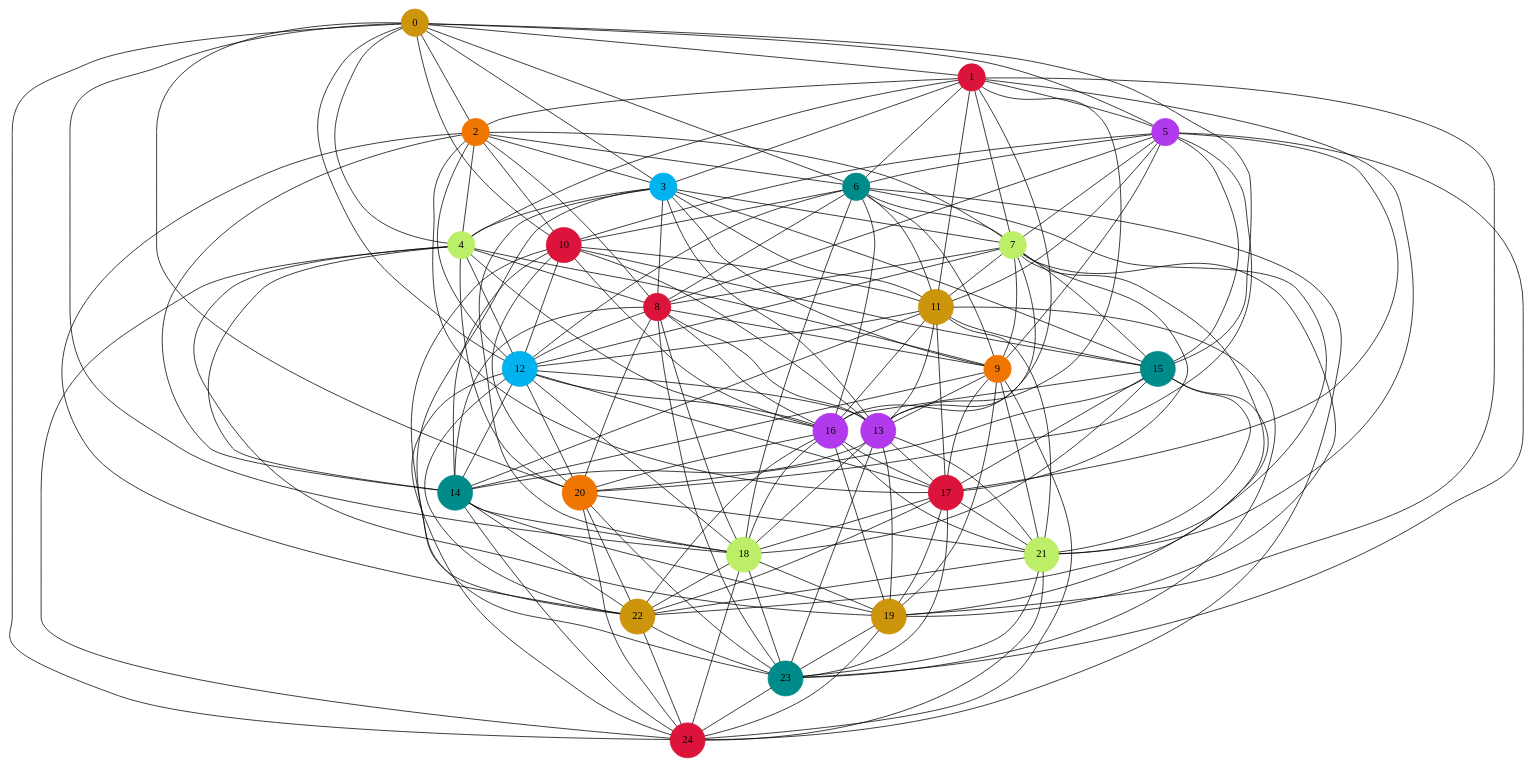
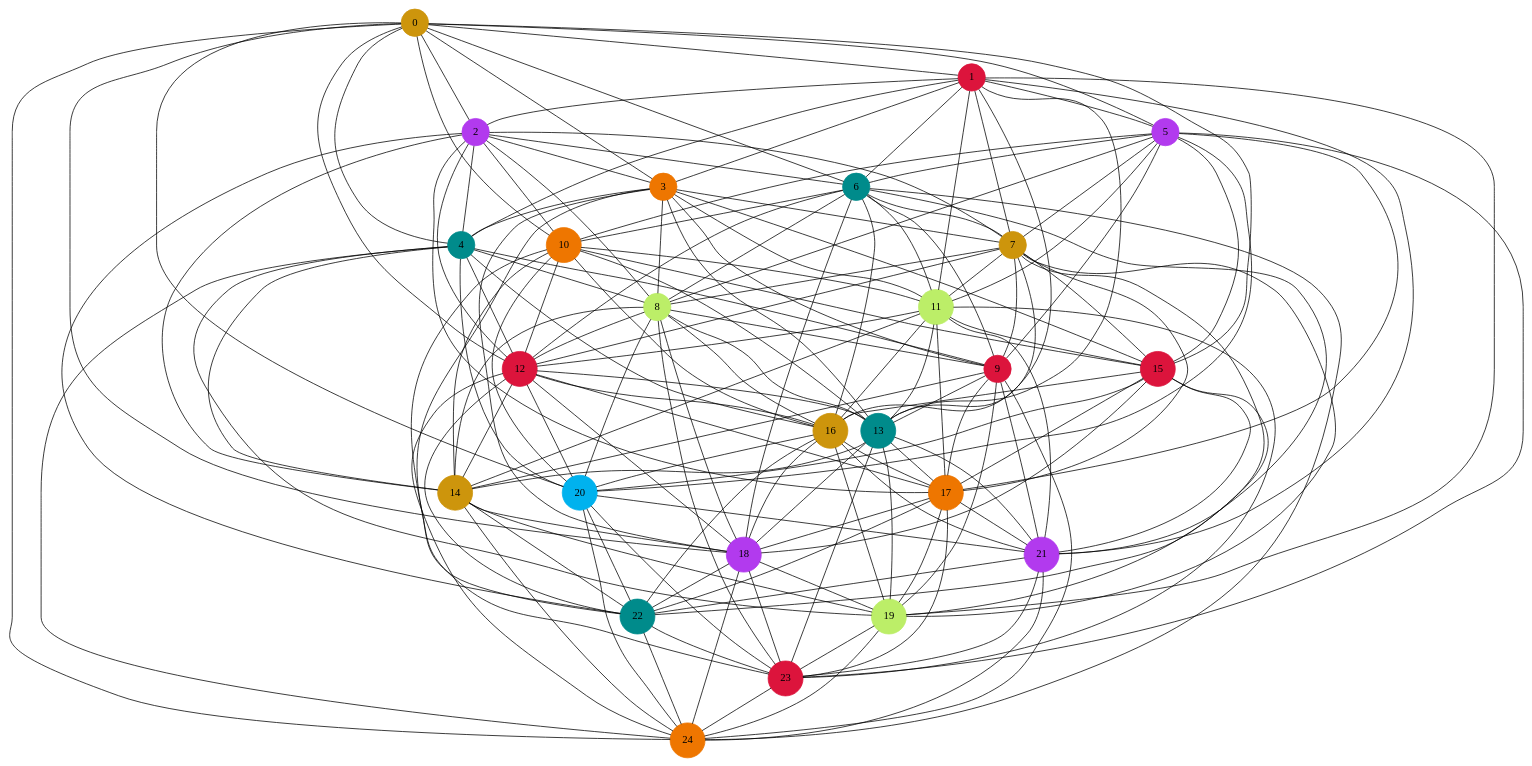
One commit to LeaChemoul/ColorationGraphesProjet changed the diagram in graph/graph_gr_decroiss.dot. Above: the diagram before and after it, drawn with Graphviz. The commit also changed 51 other files, not shown here.

Commit message:
Correction de la structure de graphe et des algorithmes de tris

```diff
--- a/graph/graph_gr_decroiss.dot
+++ b/graph/graph_gr_decroiss.dot
@@ -1,187 +1,187 @@
 graph G {
 0 [shape=circle, style=filled, color= darkgoldenrod3];
 0 -- 6;
 0 -- 12;
 0 -- 18;
 0 -- 24;
 0 -- 1;
 0 -- 2;
 0 -- 3;
 0 -- 4;
 0 -- 5;
 0 -- 10;
 0 -- 15;
 0 -- 20;
 1 [shape=circle, style=filled, color= crimson];
 1 -- 7;
 1 -- 13;
 1 -- 19;
 1 -- 5;
 1 -- 2;
 1 -- 3;
 1 -- 4;
 1 -- 6;
 1 -- 11;
 1 -- 16;
 1 -- 21;
-2 [shape=circle, style=filled, color= darkorange2];
+2 [shape=circle, style=filled, color= darkorchid2];
 2 -- 8;
 2 -- 14;
 2 -- 6;
 2 -- 10;
 2 -- 3;
 2 -- 4;
 2 -- 7;
 2 -- 12;
 2 -- 17;
 2 -- 22;
-3 [shape=circle, style=filled, color= deepskyblue2];
+3 [shape=circle, style=filled, color= darkorange2];
 3 -- 9;
 3 -- 7;
 3 -- 11;
 3 -- 15;
 3 -- 4;
 3 -- 8;
 3 -- 13;
 3 -- 18;
 3 -- 23;
-4 [shape=circle, style=filled, color= darkolivegreen2];
+4 [shape=circle, style=filled, color= cyan4];
 4 -- 8;
 4 -- 12;
 4 -- 16;
 4 -- 20;
 4 -- 9;
 4 -- 14;
 4 -- 19;
 4 -- 24;
 5 [shape=circle, style=filled, color= darkorchid2];
 5 -- 11;
 5 -- 17;
 5 -- 23;
 5 -- 6;
 5 -- 7;
 5 -- 8;
 5 -- 9;
 5 -- 10;
 5 -- 15;
 5 -- 20;
 6 [shape=circle, style=filled, color= cyan4];
 6 -- 12;
 6 -- 18;
 6 -- 24;
 6 -- 10;
 6 -- 7;
 6 -- 8;
 6 -- 9;
 6 -- 11;
 6 -- 16;
 6 -- 21;
-7 [shape=circle, style=filled, color= darkolivegreen2];
+7 [shape=circle, style=filled, color= darkgoldenrod3];
 7 -- 13;
 7 -- 19;
 7 -- 11;
 7 -- 15;
 7 -- 8;
 7 -- 9;
 7 -- 12;
 7 -- 17;
 7 -- 22;
-8 [shape=circle, style=filled, color= crimson];
+8 [shape=circle, style=filled, color= darkolivegreen2];
 8 -- 14;
 8 -- 12;
 8 -- 16;
 8 -- 20;
 8 -- 9;
 8 -- 13;
 8 -- 18;
 8 -- 23;
-9 [shape=circle, style=filled, color= darkorange2];
+9 [shape=circle, style=filled, color= crimson];
 9 -- 13;
 9 -- 17;
 9 -- 21;
 9 -- 14;
 9 -- 19;
 9 -- 24;
-10 [shape=circle, style=filled, color= crimson];
+10 [shape=circle, style=filled, color= darkorange2];
 10 -- 16;
 10 -- 22;
 10 -- 11;
 10 -- 12;
 10 -- 13;
 10 -- 14;
 10 -- 15;
 10 -- 20;
-11 [shape=circle, style=filled, color= darkgoldenrod3];
+11 [shape=circle, style=filled, color= darkolivegreen2];
 11 -- 17;
 11 -- 23;
 11 -- 15;
 11 -- 12;
 11 -- 13;
 11 -- 14;
 11 -- 16;
 11 -- 21;
-12 [shape=circle, style=filled, color= deepskyblue2];
+12 [shape=circle, style=filled, color= crimson];
 12 -- 18;
 12 -- 24;
 12 -- 16;
 12 -- 20;
 12 -- 13;
 12 -- 14;
 12 -- 17;
 12 -- 22;
-13 [shape=circle, style=filled, color= darkorchid2];
+13 [shape=circle, style=filled, color= cyan4];
 13 -- 19;
 13 -- 17;
 13 -- 21;
 13 -- 14;
 13 -- 18;
 13 -- 23;
-14 [shape=circle, style=filled, color= cyan4];
+14 [shape=circle, style=filled, color= darkgoldenrod3];
 14 -- 18;
 14 -- 22;
 14 -- 19;
 14 -- 24;
-15 [shape=circle, style=filled, color= cyan4];
+15 [shape=circle, style=filled, color= crimson];
 15 -- 21;
 15 -- 16;
 15 -- 17;
 15 -- 18;
 15 -- 19;
 15 -- 20;
-16 [shape=circle, style=filled, color= darkorchid2];
+16 [shape=circle, style=filled, color= darkgoldenrod3];
 16 -- 22;
 16 -- 20;
 16 -- 17;
 16 -- 18;
 16 -- 19;
 16 -- 21;
-17 [shape=circle, style=filled, color= crimson];
+17 [shape=circle, style=filled, color= darkorange2];
 17 -- 23;
 17 -- 21;
 17 -- 18;
 17 -- 19;
 17 -- 22;
-18 [shape=circle, style=filled, color= darkolivegreen2];
+18 [shape=circle, style=filled, color= darkorchid2];
 18 -- 24;
 18 -- 22;
 18 -- 19;
 18 -- 23;
-19 [shape=circle, style=filled, color= darkgoldenrod3];
+19 [shape=circle, style=filled, color= darkolivegreen2];
 19 -- 23;
 19 -- 24;
-20 [shape=circle, style=filled, color= darkorange2];
+20 [shape=circle, style=filled, color= deepskyblue2];
 20 -- 21;
 20 -- 22;
 20 -- 23;
 20 -- 24;
-21 [shape=circle, style=filled, color= darkolivegreen2];
+21 [shape=circle, style=filled, color= darkorchid2];
 21 -- 22;
 21 -- 23;
 21 -- 24;
-22 [shape=circle, style=filled, color= darkgoldenrod3];
+22 [shape=circle, style=filled, color= cyan4];
 22 -- 23;
 22 -- 24;
-23 [shape=circle, style=filled, color= cyan4];
+23 [shape=circle, style=filled, color= crimson];
 23 -- 24;
-24 [shape=circle, style=filled, color= crimson];
+24 [shape=circle, style=filled, color= darkorange2];
 }
```
